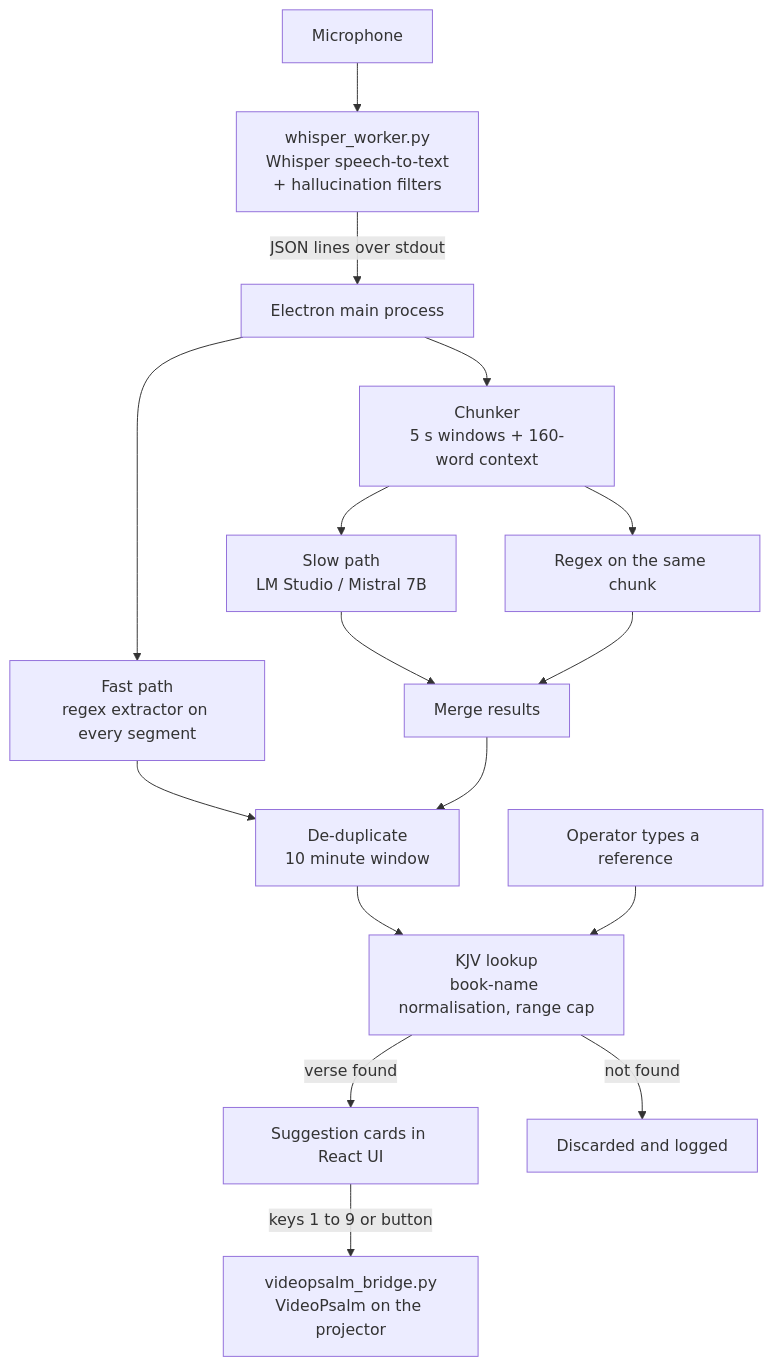
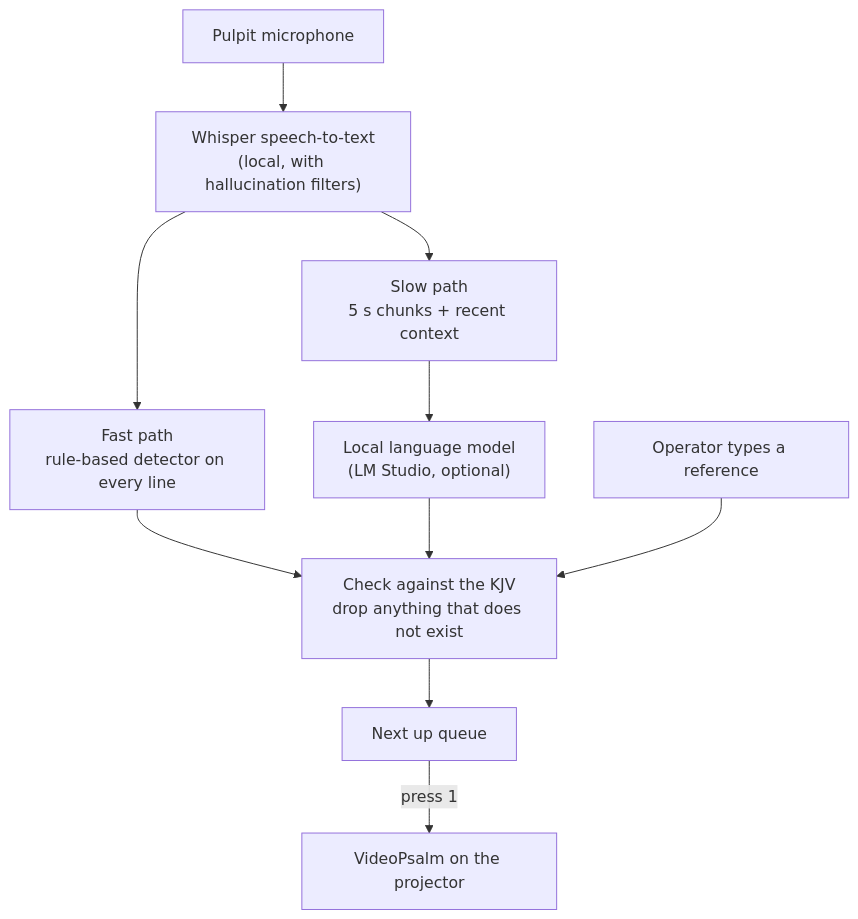
One commit to Chimwemwe-127001/scripture-app changed the diagram in README.md. Above: the diagram before and after it, drawn with Mermaid. The commit also changed other lines of this file, not shown here.

````diff
--- a/README.md
+++ b/README.md
@@ -48,22 +63,12 @@
 ```mermaid
 flowchart TD
-    MIC[Microphone] --> W["whisper_worker.py<br/>Whisper speech-to-text<br/>+ hallucination filters"]
-    W -- "JSON lines over stdout" --> MAIN[Electron main process]
-
-    MAIN --> FAST["Fast path<br/>regex extractor on every segment"]
-    MAIN --> CHUNK["Chunker<br/>5 s windows + 160-word context"]
-    CHUNK --> LLM["Slow path<br/>LM Studio / Mistral 7B"]
-    CHUNK --> REGEX2[Regex on the same chunk]
-
-    FAST --> DEDUPE
-    LLM --> MERGE[Merge results]
-    REGEX2 --> MERGE
-    MERGE --> DEDUPE["De-duplicate<br/>10 minute window"]
-
-    DEDUPE --> DB["KJV lookup<br/>book-name normalisation, range cap"]
-    DB -- "verse found" --> UI[Suggestion cards in React UI]
-    DB -- "not found" --> DROP[Discarded and logged]
-
-    UI -- "keys 1 to 9 or button" --> VP["videopsalm_bridge.py<br/>VideoPsalm on the projector"]
-    OP[Operator types a reference] --> DB
+    MIC[Pulpit microphone] --> W["Whisper speech-to-text<br/>(local, with hallucination filters)"]
+    W --> FAST["Fast path<br/>rule-based detector on every line"]
+    W --> CHUNK["Slow path<br/>5 s chunks + recent context"]
+    CHUNK --> LLM["Local language model<br/>(LM Studio, optional)"]
+    FAST --> CHECK
+    LLM --> CHECK["Check against the KJV<br/>drop anything that does not exist"]
+    CHECK --> UI[Next up queue]
+    OP[Operator types a reference] --> CHECK
+    UI -- "press 1" --> VP[VideoPsalm on the projector]
 ```
````
